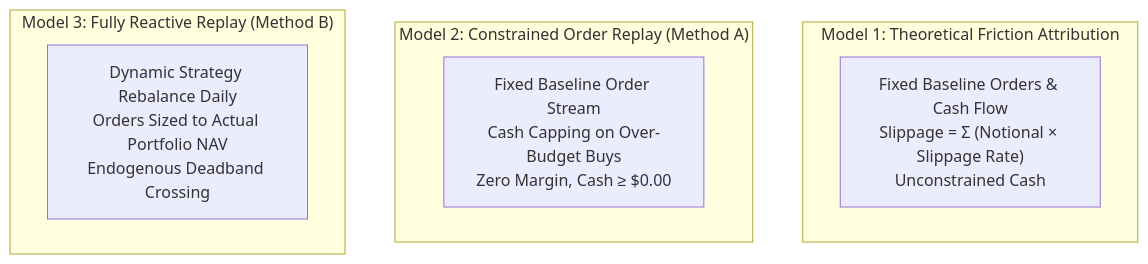
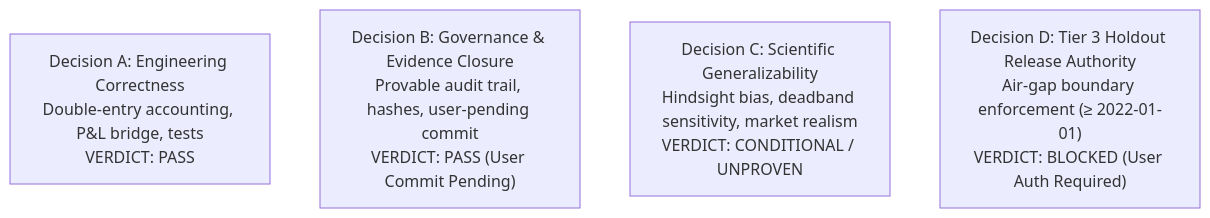
One commit to NethraVenkat/Builderr-Guardian-Protocol changed the diagram in GUARDIAN_ALPHA_V28_FINAL_RESEARCH_GOVERNANCE_REPORT.md. Above: the diagram before and after it, drawn with Mermaid. The commit also changed other lines of this file and 1 other file, not shown here.

Commit message:
test(v28): finalize audited financial governance and 381-test regression

````diff
--- a/GUARDIAN_ALPHA_V28_FINAL_RESEARCH_GOVERNANCE_REPORT.md
+++ b/GUARDIAN_ALPHA_V28_FINAL_RESEARCH_GOVERNANCE_REPORT.md
@@ -81,12 +19,7 @@
 ```mermaid
-flowchart TD
-    subgraph Model1["Model 1: Theoretical Friction Attribution"]
-        M1["Fixed Baseline Orders & Cash Flow<br/>Slippage = Σ (Notional × Slippage Rate)<br/>Unconstrained Cash"]
-    end
-    subgraph Model2["Model 2: Constrained Order Replay (Method A)"]
-        M2["Fixed Baseline Order Stream<br/>Cash Capping on Over-Budget Buys<br/>Zero Margin, Cash ≥ $0.00"]
-    end
-    subgraph Model3["Model 3: Fully Reactive Replay (Method B)"]
-        M3["Dynamic Strategy Rebalance Daily<br/>Orders Sized to Actual Portfolio NAV<br/>Endogenous Deadband Crossing"]
-    end
+graph TD
+    A["Decision A: Engineering Correctness<br/>Double-entry accounting, P&L bridge, tests<br/>VERDICT: PASS"]
+    B["Decision B: Governance & Evidence Closure<br/>Provable audit trail, hashes, user-pending commit<br/>VERDICT: PASS (User Commit Pending)"]
+    C["Decision C: Scientific Generalizability<br/>Hindsight bias, deadband sensitivity, market realism<br/>VERDICT: CONDITIONAL / UNPROVEN"]
+    D["Decision D: Tier 3 Holdout Release Authority<br/>Air-gap boundary enforcement (≥ 2022-01-01)<br/>VERDICT: BLOCKED (User Auth Required)"]
 ```
````
